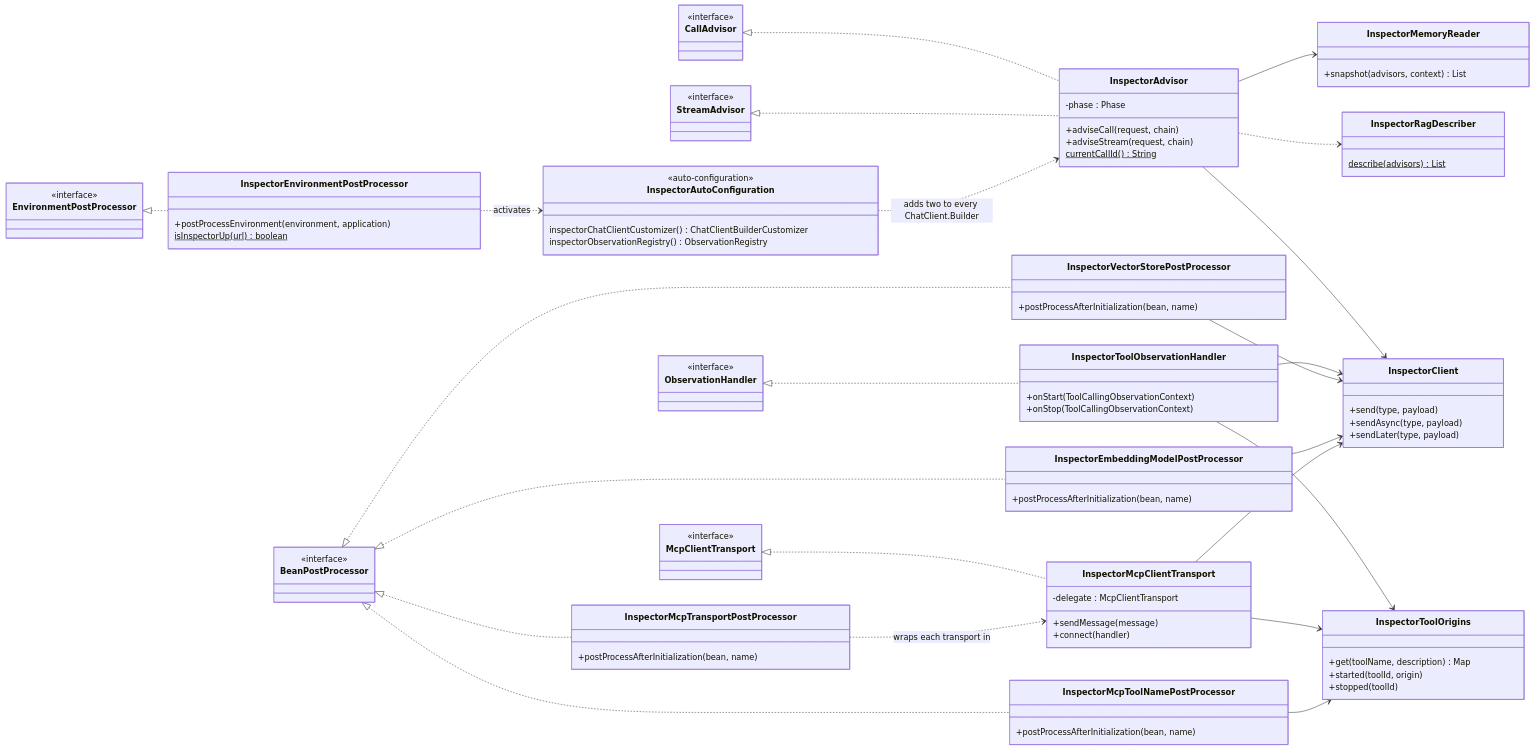
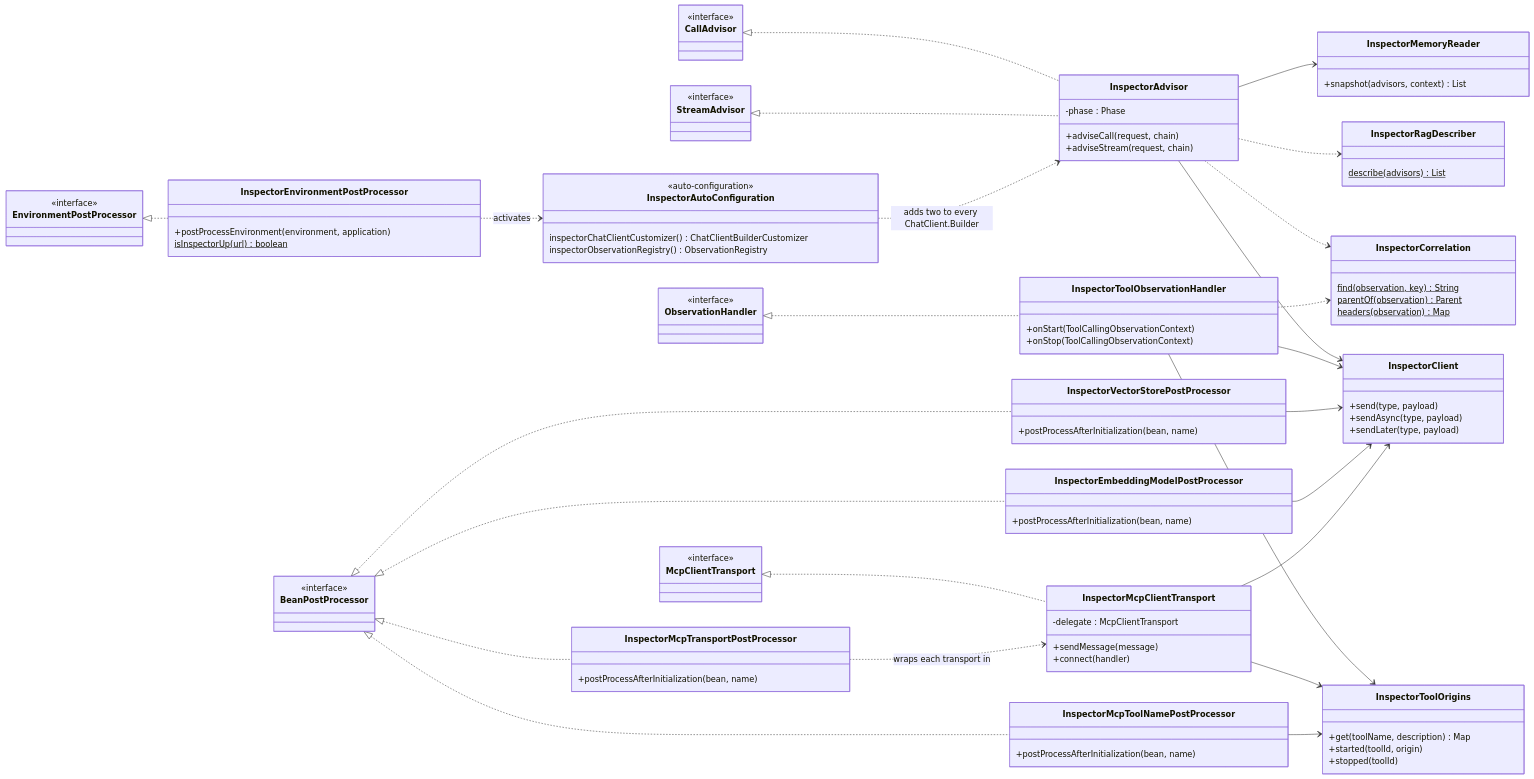
Before and after one commit to tzolov/voxxeddays2026-demo: the first of 4 diagrams in spring-ai-inspector/spring-ai-inspector-starter/README.md, drawn with Mermaid. The commit also changed other lines of this file and 25 other files, not shown here.

First line of the commit message:
Inspector: correlate by observation parentage, link wire calls by headers

```diff
--- a/spring-ai-inspector/spring-ai-inspector-starter/README.md
+++ b/spring-ai-inspector/spring-ai-inspector-starter/README.md
@@ -66,7 +66,11 @@
         -phase : Phase
         +adviseCall(request, chain)
         +adviseStream(request, chain)
-        currentCallId()$ String
+    }
+    class InspectorCorrelation {
+        find(observation, key)$ String
+        parentOf(observation)$ Parent
+        headers(observation)$ Map
     }
     class InspectorToolObservationHandler {
         +onStart(ToolCallingObservationContext)
@@ -121,6 +125,8 @@
     InspectorMcpTransportPostProcessor ..> InspectorMcpClientTransport : wraps each transport in
     InspectorAdvisor --> InspectorMemoryReader
     InspectorAdvisor ..> InspectorRagDescriber
+    InspectorAdvisor ..> InspectorCorrelation
+    InspectorToolObservationHandler ..> InspectorCorrelation
     InspectorToolObservationHandler --> InspectorToolOrigins
     InspectorMcpClientTransport --> InspectorToolOrigins
     InspectorMcpToolNamePostProcessor --> InspectorToolOrigins
```
